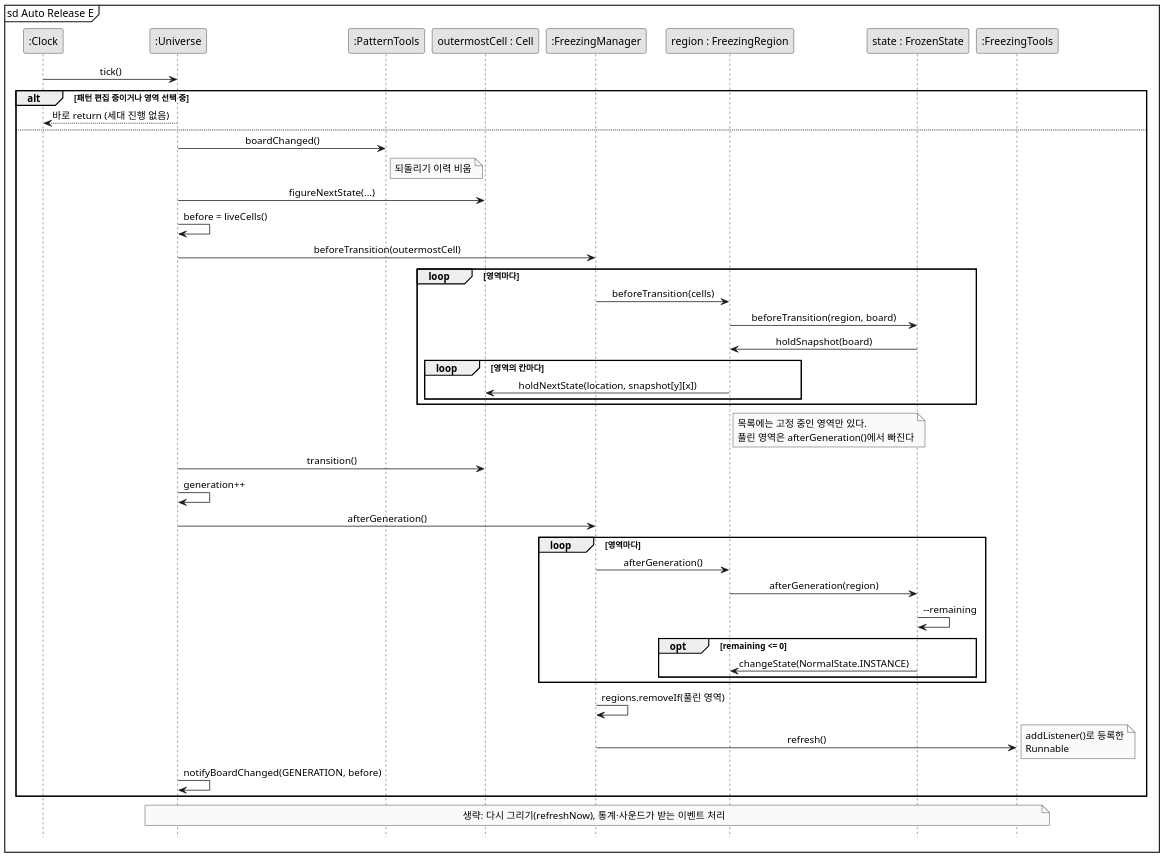
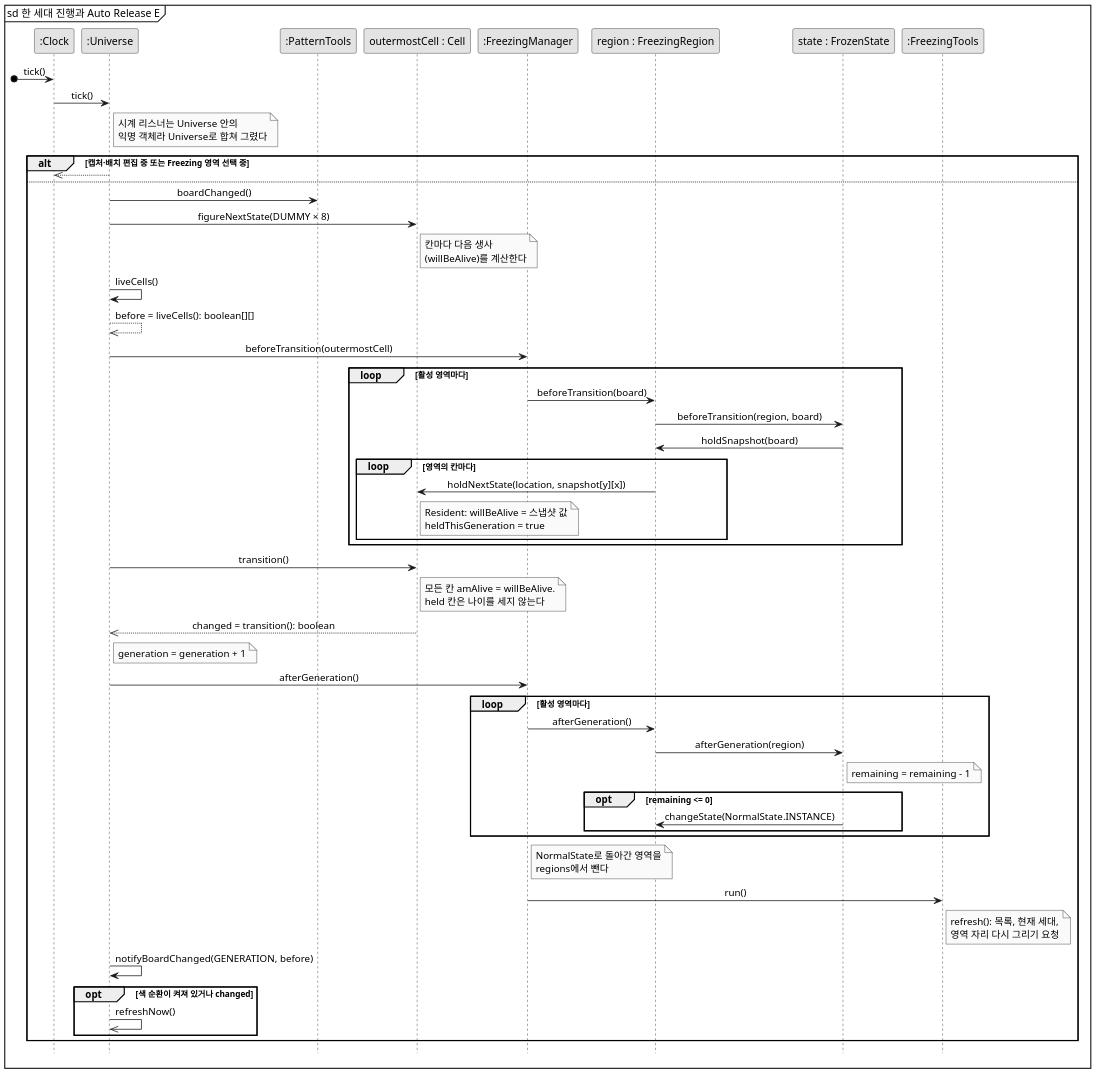
The diagram in docs/freezing/diagram/sd-auto-release.puml (mckimR1972/DP_team_project), drawn with PlantUML before and after one commit. The commit also changed 27 other files, not shown here.

```diff
--- a/docs/freezing/diagram/sd-auto-release.puml
+++ b/docs/freezing/diagram/sd-auto-release.puml
@@ -1,57 +1,66 @@
 @startuml sd-auto-release
 skinparam monochrome true
 skinparam dpi 150
 skinparam shadowing false
 skinparam defaultFontName "Malgun Gothic"
 skinparam sequenceMessageAlign center
 hide footbox
-mainframe sd Auto Release E
+mainframe sd 한 세대 진행과 Auto Release E
 
 participant ":Clock" as C
 participant ":Universe" as U
 participant ":PatternTools" as P
 participant "outermostCell : Cell" as B
 participant ":FreezingManager" as M
 participant "region : FreezingRegion" as R
 participant "state : FrozenState" as F
 participant ":FreezingTools" as T
 
+[o-> C : tick()
 C -> U : tick()
-alt 패턴 편집 중이거나 영역 선택 중
-  U --> C : 바로 return (세대 진행 없음)
+note right of U : 시계 리스너는 Universe 안의\n익명 객체라 Universe로 합쳐 그렸다
+
+alt 캡처·배치 편집 중 또는 Freezing 영역 선택 중
+  U -->> C
 else
-U -> P : boardChanged()
-note right of P : 되돌리기 이력 비움
-U -> B : figureNextState(...)
-U -> U : before = liveCells()
-U -> M : beforeTransition(outermostCell)
-loop 영역마다
-  M -> R : beforeTransition(cells)
-  R -> F : beforeTransition(region, board)
-  F -> R : holdSnapshot(board)
-  loop 영역의 칸마다
-    R -> B : holdNextState(location, snapshot[y][x])
+  U -> P : boardChanged()
+  U -> B : figureNextState(DUMMY × 8)
+  note right of B : 칸마다 다음 생사\n(willBeAlive)를 계산한다
+  U -> U : liveCells()
+  U -->> U : before = liveCells(): boolean[][]
+
+  U -> M : beforeTransition(outermostCell)
+  loop 활성 영역마다
+    M -> R : beforeTransition(board)
+    R -> F : beforeTransition(region, board)
+    F -> R : holdSnapshot(board)
+    loop 영역의 칸마다
+      R -> B : holdNextState(location, snapshot[y][x])
+      note right of B : Resident: willBeAlive = 스냅샷 값\nheldThisGeneration = true
+    end
+  end
+
+  U -> B : transition()
+  note right of B : 모든 칸 amAlive = willBeAlive.\nheld 칸은 나이를 세지 않는다
+  B -->> U : changed = transition(): boolean
+  note right of U : generation = generation + 1
+
+  U -> M : afterGeneration()
+  loop 활성 영역마다
+    M -> R : afterGeneration()
+    R -> F : afterGeneration(region)
+    note right of F : remaining = remaining - 1
+    opt remaining <= 0
+      F -> R : changeState(NormalState.INSTANCE)
+    end
+  end
+  note right of M : NormalState로 돌아간 영역을\nregions에서 뺀다
+  M -> T : run()
+  note right of T : refresh(): 목록, 현재 세대,\n영역 자리 다시 그리기 요청
+
+  U -> U : notifyBoardChanged(GENERATION, before)
+  opt 색 순환이 켜져 있거나 changed
+    U ->> U : refreshNow()
   end
 end
-note right of R : 목록에는 고정 중인 영역만 있다.\n풀린 영역은 afterGeneration()에서 빠진다
-U -> B : transition()
-U -> U : generation++
-
-U -> M : afterGeneration()
-loop 영역마다
-  M -> R : afterGeneration()
-  R -> F : afterGeneration(region)
-  F -> F : --remaining
-  opt remaining <= 0
-    F -> R : changeState(NormalState.INSTANCE)
-  end
-end
-M -> M : regions.removeIf(풀린 영역)
-M -> T : refresh()
-note right : addListener()로 등록한\nRunnable
-U -> U : notifyBoardChanged(GENERATION, before)
-end
-note over U, T
-  생략: 다시 그리기(refreshNow), 통계·사운드가 받는 이벤트 처리
-end note
 @enduml
```
